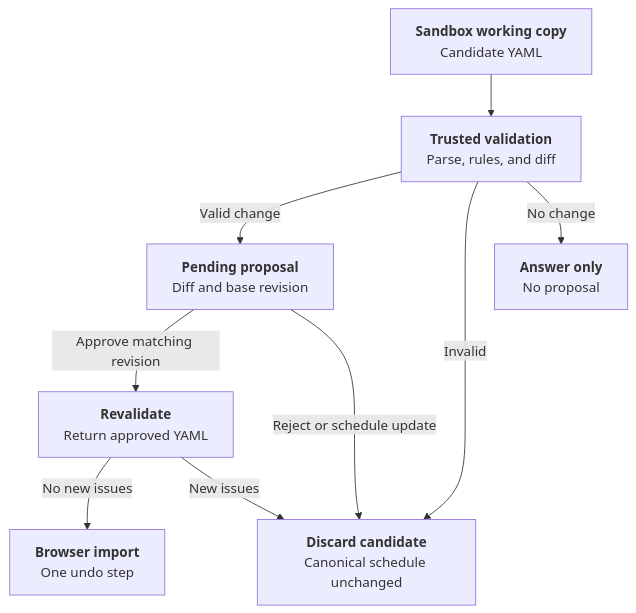
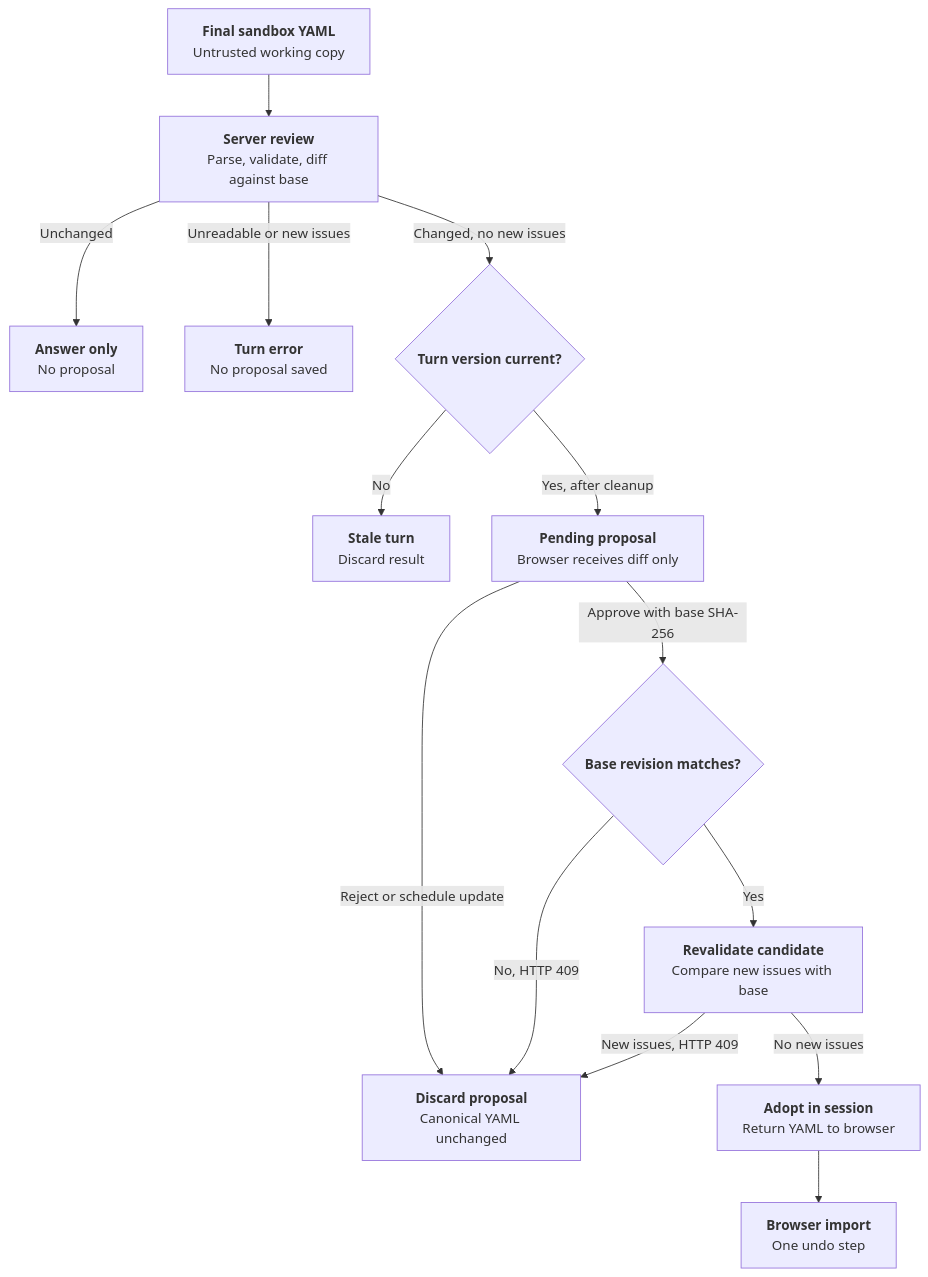
Before and after one commit to j3soon/nurse-scheduling: the seventh of 7 diagrams in docs/content/developer-guide/ai-assistant.md, drawn with Mermaid. The commit also changed other lines of this file, not shown here.

First line of the commit message:
docs: overhaul AI assistant guide diagrams

````diff
--- a/docs/content/developer-guide/ai-assistant.md
+++ b/docs/content/developer-guide/ai-assistant.md
@@ -137,11 +356,16 @@
 ```mermaid
 flowchart TB
-    Working[<b>Sandbox working copy</b><br/>Candidate YAML] --> Check[<b>Trusted validation</b><br/>Parse, rules, and diff]
-    Check -->|Valid change| Pending[<b>Pending proposal</b><br/>Diff and base revision]
-    Check -->|Invalid| Discard[<b>Discard candidate</b><br/>Canonical schedule unchanged]
-    Check -->|No change| Answer[<b>Answer only</b><br/>No proposal]
-    Pending -->|Approve matching revision| Recheck[<b>Revalidate</b><br/>Return approved YAML]
-    Pending -->|Reject or schedule update| Discard
-    Recheck -->|No new issues| Browser[<b>Browser import</b><br/>One undo step]
-    Recheck -->|New issues| Discard
+    Working[<b>Final sandbox YAML</b><br/>Untrusted working copy] --> Review[<b>Server review</b><br/>Parse, validate, diff against base]
+    Review -->|Unchanged| Answer[<b>Answer only</b><br/>No proposal]
+    Review -->|Unreadable or new issues| Fail[<b>Turn error</b><br/>No proposal saved]
+    Review -->|Changed, no new issues| Current{<b>Turn version current?</b>}
+    Current -->|No| Stale[<b>Stale turn</b><br/>Discard result]
+    Current -->|Yes, after cleanup| Pending[<b>Pending proposal</b><br/>Browser receives diff only]
+    Pending -->|Reject or schedule update| Discard[<b>Discard proposal</b><br/>Canonical YAML unchanged]
+    Pending -->|Approve with base SHA-256| Revision{<b>Base revision matches?</b>}
+    Revision -->|No, HTTP 409| Discard
+    Revision -->|Yes| Recheck[<b>Revalidate candidate</b><br/>Compare new issues with base]
+    Recheck -->|New issues, HTTP 409| Discard
+    Recheck -->|No new issues| Adopt[<b>Adopt in session</b><br/>Return YAML to browser]
+    Adopt --> Import[<b>Browser import</b><br/>One undo step]
 ```
````
